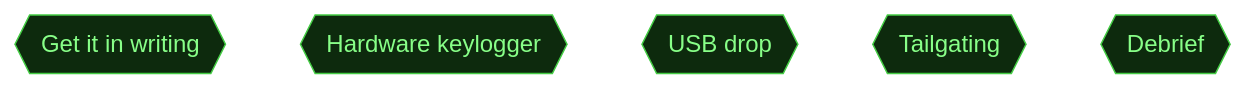
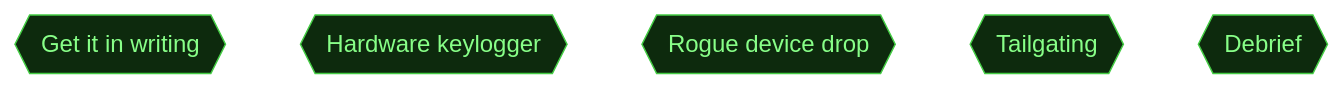
The second of 5 diagrams in scenarios/lab_physical_pentest/dungeon_graph.md (cliffe/BreakEscape), drawn with Mermaid (base theme) before and after one commit. The commit also changed other lines of this file and 7 other files, not shown here.

````diff
--- a/scenarios/lab_physical_pentest/dungeon_graph.md
+++ b/scenarios/lab_physical_pentest/dungeon_graph.md
@@ -89,27 +89,27 @@
 ```mermaid
 flowchart TD
 
   classDef room      fill:#0f2d2d,stroke:#22ddcc,color:#a0ffee
   classDef lock      fill:#2d0f0f,stroke:#e66060,color:#ffa0a0
   classDef key       fill:#2d0812,stroke:#e66060,color:#ffa0a0
   classDef item      fill:#2d1200,stroke:#e89030,color:#ffcc80
   classDef gate      fill:#111,stroke:#666,color:#eee
   classDef vm        fill:#0c1f40,stroke:#4a90d9,color:#a0c8ff
   classDef flag      fill:#1a0c2d,stroke:#9060d0,color:#cc99ff
   classDef action    fill:#1a1200,stroke:#cc9922,color:#ffee88
   classDef aim       fill:#0d2a0d,stroke:#44cc44,color:#88ff88
   classDef aim_gate  fill:#111111,stroke:#44cc44,color:#44cc44
   classDef container fill:#1a2d1a,stroke:#60b060,color:#a0e0a0
   classDef npc       fill:#2d1f0d,stroke:#d0a050,color:#ffe0a0
   classDef critical  fill:#2a1500,stroke:#ffaa00,color:#ffdd88
   classDef start     fill:#003322,stroke:#00ffaa,color:#00ffaa
 
   aim_authorise{{"Get it in writing"}}
   aim_keylogger{{"Hardware keylogger"}}
-  aim_usb{{"USB drop"}}
+  aim_usb{{"Rogue device drop"}}
   aim_tailgate{{"Tailgating"}}
   aim_debrief{{"Debrief"}}
 
 
   class aim_authorise,aim_keylogger,aim_usb,aim_tailgate,aim_debrief aim
 ```
````
